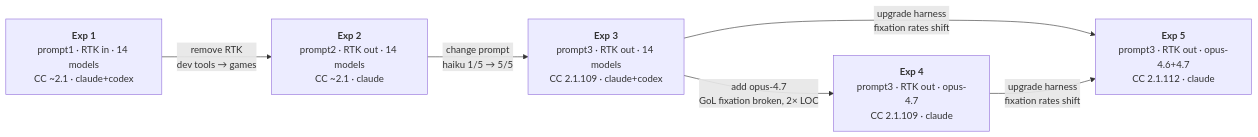
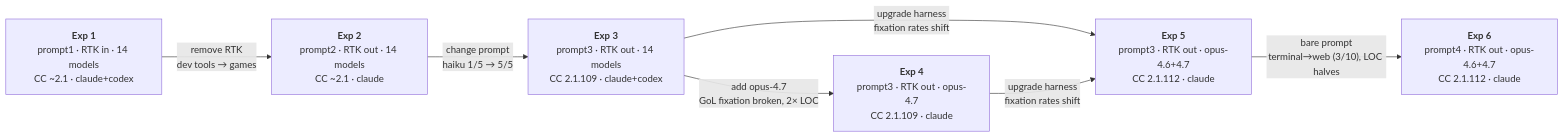
One commit to changkun/goalless-agents changed the diagram in README.md. Above: the diagram before and after it, drawn with Mermaid. The commit also changed other lines of this file and 43 other files, not shown here.

Commit message:
Add Experiment 6 data and update README with bare-prompt findings

````diff
--- a/README.md
+++ b/README.md
@@ -65,13 +75,15 @@
 ```mermaid
 flowchart LR
     E1["<b>Exp 1</b><br/>prompt1 · RTK in · 14 models<br/>CC ~2.1 · claude+codex"]
     E2["<b>Exp 2</b><br/>prompt2 · RTK out · 14 models<br/>CC ~2.1 · claude"]
     E3["<b>Exp 3</b><br/>prompt3 · RTK out · 14 models<br/>CC 2.1.109 · claude+codex"]
     E4["<b>Exp 4</b><br/>prompt3 · RTK out · opus-4.7<br/>CC 2.1.109 · claude"]
     E5["<b>Exp 5</b><br/>prompt3 · RTK out · opus-4.6+4.7<br/>CC 2.1.112 · claude"]
+    E6["<b>Exp 6</b><br/>prompt4 · RTK out · opus-4.6+4.7<br/>CC 2.1.112 · claude"]
 
     E1 -->|"remove RTK<br/>dev tools → games"| E2
     E2 -->|"change prompt<br/>haiku 1/5 → 5/5"| E3
     E3 -->|"add opus-4.7<br/>GoL fixation broken, 2× LOC"| E4
     E3 & E4 -->|"upgrade harness<br/>fixation rates shift"| E5
+    E5 -->|"bare prompt<br/>terminal→web (3/10), LOC halves"| E6
 ```
````
